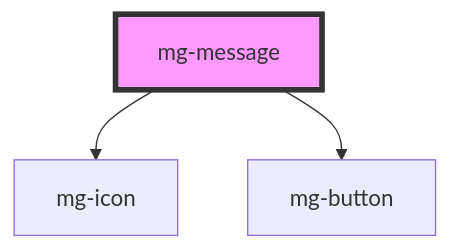
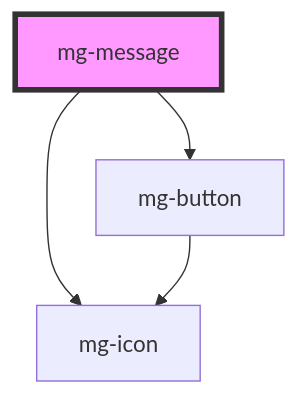
Before and after one commit to MGDIS/mg-components: the diagram in src/components/molecules/mg-message/readme.md, drawn with Mermaid. The commit also changed 27 other files, not shown here.

First line of the commit message:
feat(mg-button): add loading icon onclick

````diff
--- a/src/components/molecules/mg-message/readme.md
+++ b/src/components/molecules/mg-message/readme.md
@@ -24,6 +24,7 @@
 ```mermaid
 graph TD;
   mg-message --> mg-icon
   mg-message --> mg-button
+  mg-button --> mg-icon
   style mg-message fill:#f9f,stroke:#333,stroke-width:4px
 ```
````
